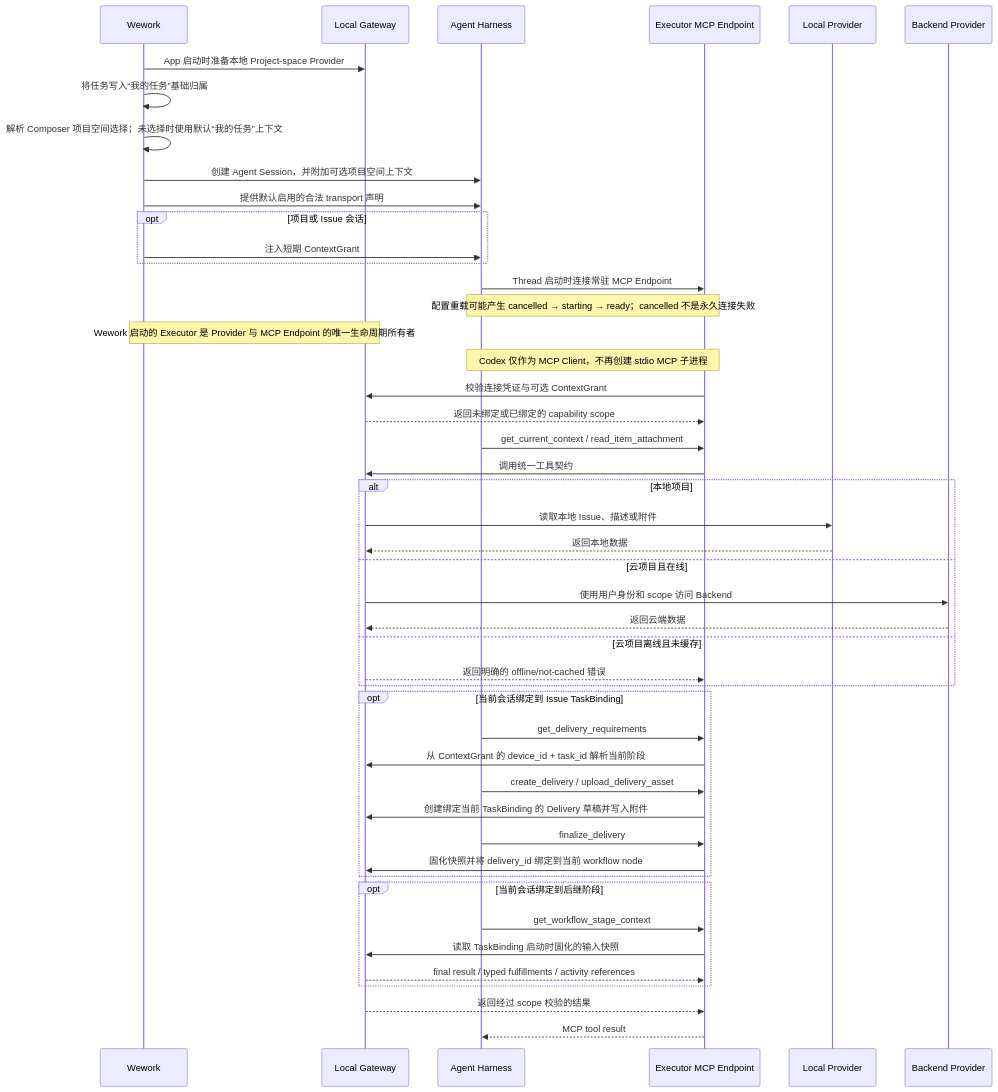
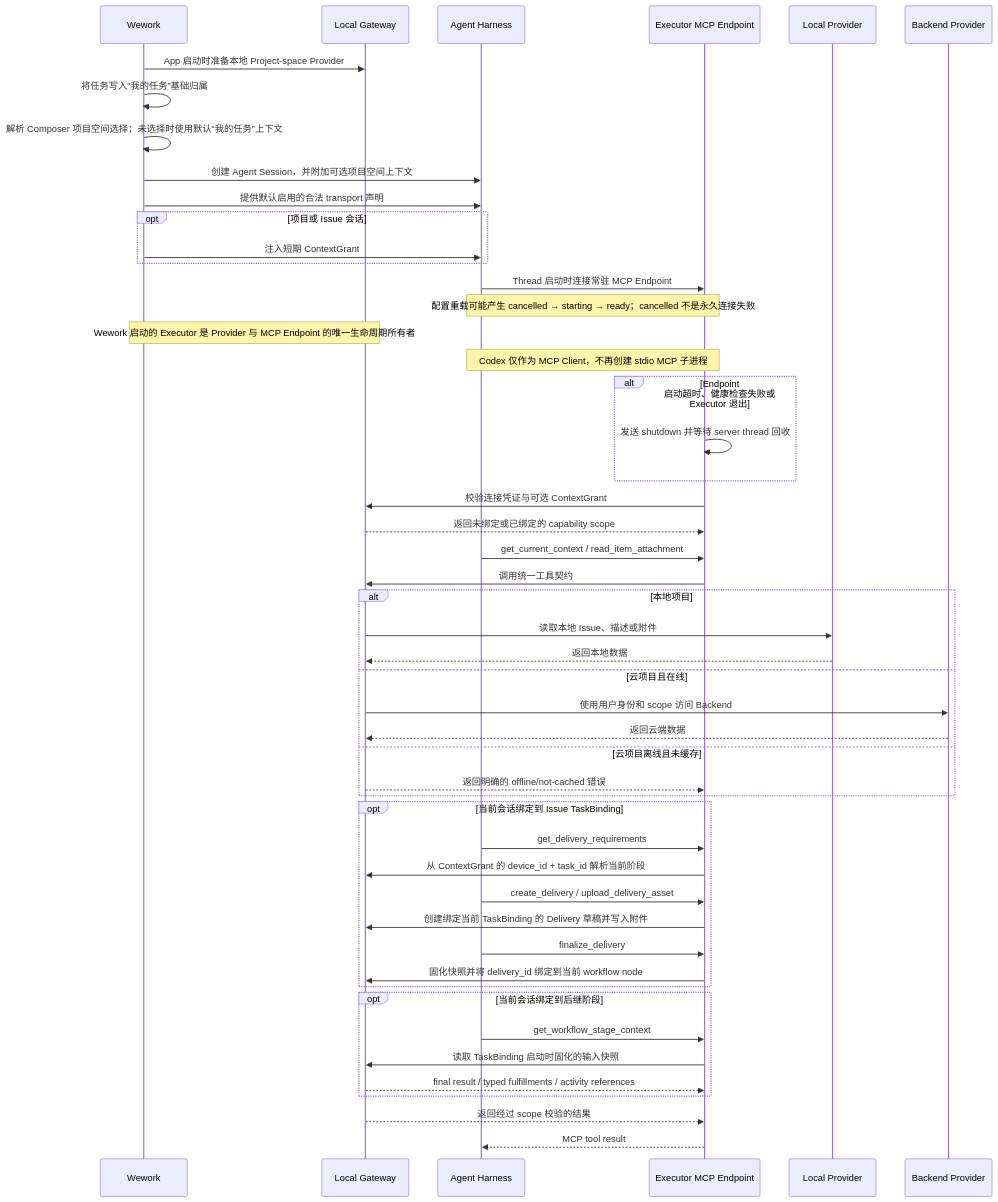
The second of 2 diagrams in docs/zh/architecture/project-space-agent-capability.md (wecode-ai/Wegent), drawn with Mermaid before and after one commit. The commit also changed other lines of this file and 24 other files, not shown here.

````diff
--- a/docs/zh/architecture/project-space-agent-capability.md
+++ b/docs/zh/architecture/project-space-agent-capability.md
@@ -35,50 +35,53 @@
 ```mermaid
 sequenceDiagram
     participant W as Wework
     participant G as Local Gateway
     participant H as Agent Harness
     participant P as Executor MCP Endpoint
     participant L as Local Provider
     participant B as Backend Provider
 
     W->>G: App 启动时准备本地 Project-space Provider
     W->>W: 将任务写入“我的任务”基础归属
     W->>W: 解析 Composer 项目空间选择；未选择时使用默认“我的任务”上下文
     W->>H: 创建 Agent Session，并附加可选项目空间上下文
     W->>H: 提供默认启用的合法 transport 声明
     opt 项目或 Issue 会话
         W->>H: 注入短期 ContextGrant
     end
     H->>P: Thread 启动时连接常驻 MCP Endpoint
     Note over H,P: 配置重载可能产生 cancelled → starting → ready；cancelled 不是永久连接失败
     Note over W,G: Wework 启动的 Executor 是 Provider 与 MCP Endpoint 的唯一生命周期所有者
     Note over H,P: Codex 仅作为 MCP Client，不再创建 stdio MCP 子进程
+    alt Endpoint 启动超时、健康检查失败或 Executor 退出
+        P->>P: 发送 shutdown 并等待 server thread 回收
+    end
     P->>G: 校验连接凭证与可选 ContextGrant
     G-->>P: 返回未绑定或已绑定的 capability scope
     H->>P: get_current_context / read_item_attachment
     P->>G: 调用统一工具契约
     alt 本地项目
         G->>L: 读取本地 Issue、描述或附件
         L-->>G: 返回本地数据
     else 云项目且在线
         G->>B: 使用用户身份和 scope 访问 Backend
         B-->>G: 返回云端数据
     else 云项目离线且未缓存
         G-->>P: 返回明确的 offline/not-cached 错误
     end
     opt 当前会话绑定到 Issue TaskBinding
         H->>P: get_delivery_requirements
         P->>G: 从 ContextGrant 的 device_id + task_id 解析当前阶段
         H->>P: create_delivery / upload_delivery_asset
         P->>G: 创建绑定当前 TaskBinding 的 Delivery 草稿并写入附件
         H->>P: finalize_delivery
         P->>G: 固化快照并将 delivery_id 绑定到当前 workflow node
     end
     opt 当前会话绑定到后继阶段
         H->>P: get_workflow_stage_context
         P->>G: 读取 TaskBinding 启动时固化的输入快照
         G-->>P: final result / typed fulfillments / activity references
     end
     G-->>P: 返回经过 scope 校验的结果
     P-->>H: MCP tool result
 ```
````
